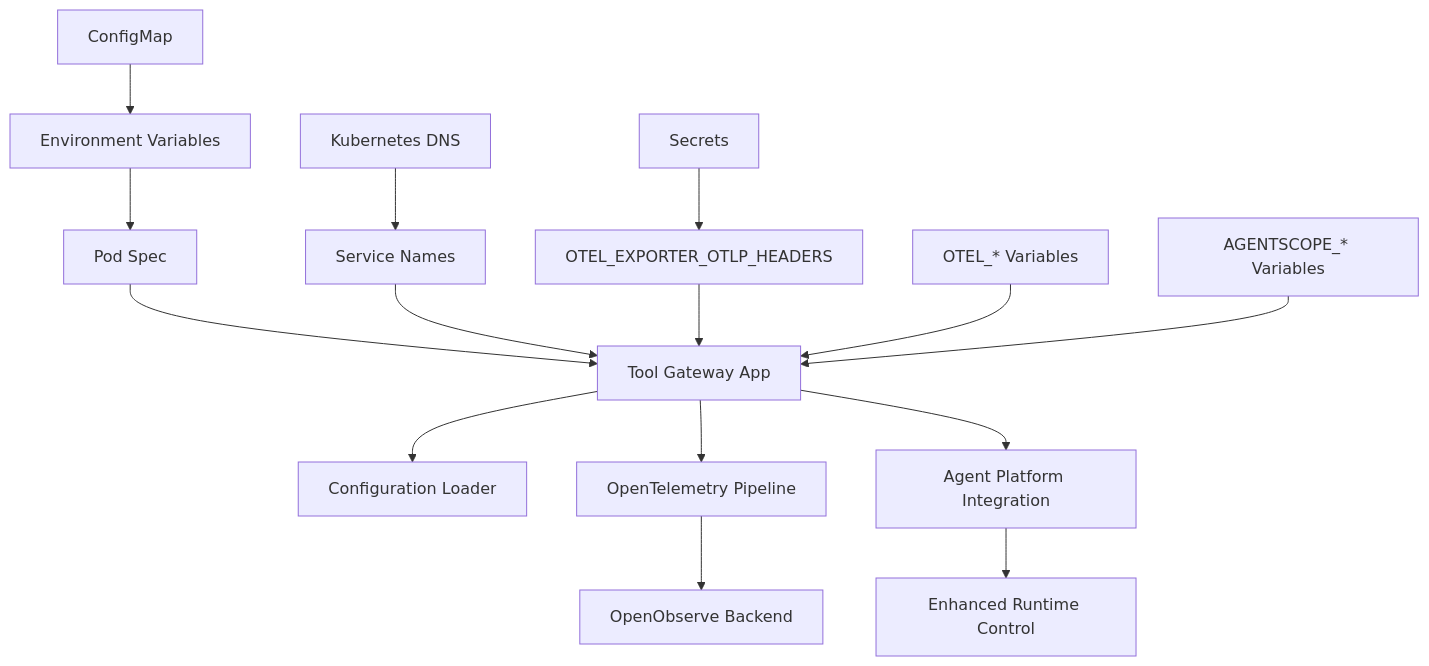
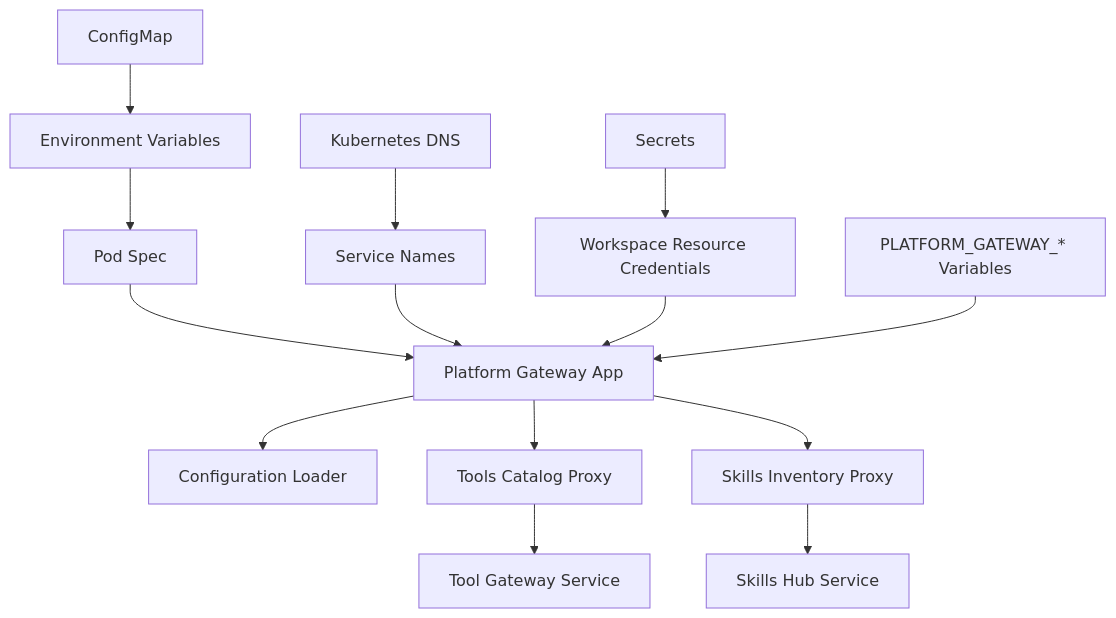
The sixth of 7 diagrams in .qoder/repowiki/en/content/Tool Gateway Service/Configuration and Environment Setup.md (metasync/luban-aiops), drawn with Mermaid before and after one commit. The commit also changed other lines of this file and 26 other files, not shown here.

````diff
--- a/.qoder/repowiki/en/content/Tool Gateway Service/Configuration and Environment Setup.md
+++ b/.qoder/repowiki/en/content/Tool Gateway Service/Configuration and Environment Setup.md
@@ -417,17 +315,16 @@
 ```mermaid
 graph TB
 CM["ConfigMap"] --> ENV["Environment Variables"]
 ENV --> POD["Pod Spec"]
-POD --> APP["Tool Gateway App"]
+POD --> APP["Platform Gateway App"]
 APP --> CFG["Configuration Loader"]
 DNS["Kubernetes DNS"] --> SVC["Service Names"]
 SVC --> APP
-Secrets["Secrets"] --> AuthHeaders["OTEL_EXPORTER_OTLP_HEADERS"]
-AuthHeaders --> APP
-OTelEnv["OTEL_* Variables"] --> APP
-APP --> OTel["OpenTelemetry Pipeline"]
-OTel --> Backend["OpenObserve Backend"]
-AgentEnv["AGENTSCOPE_* Variables"] --> APP
-APP --> AgentPlatform["Agent Platform Integration"]
-AgentPlatform --> EnhancedRuntime["Enhanced Runtime Control"]
+Secrets["Secrets"] --> WorkspaceCreds["Workspace Resource Credentials"]
+WorkspaceCreds --> APP
+AppEnv["PLATFORM_GATEWAY_* Variables"] --> APP
+APP --> ToolsProxy["Tools Catalog Proxy"]
+APP --> SkillsProxy["Skills Inventory Proxy"]
+ToolsProxy --> ToolsSvc["Tool Gateway Service"]
+SkillsProxy --> SkillsSvc["Skills Hub Service"]
 ```
````
